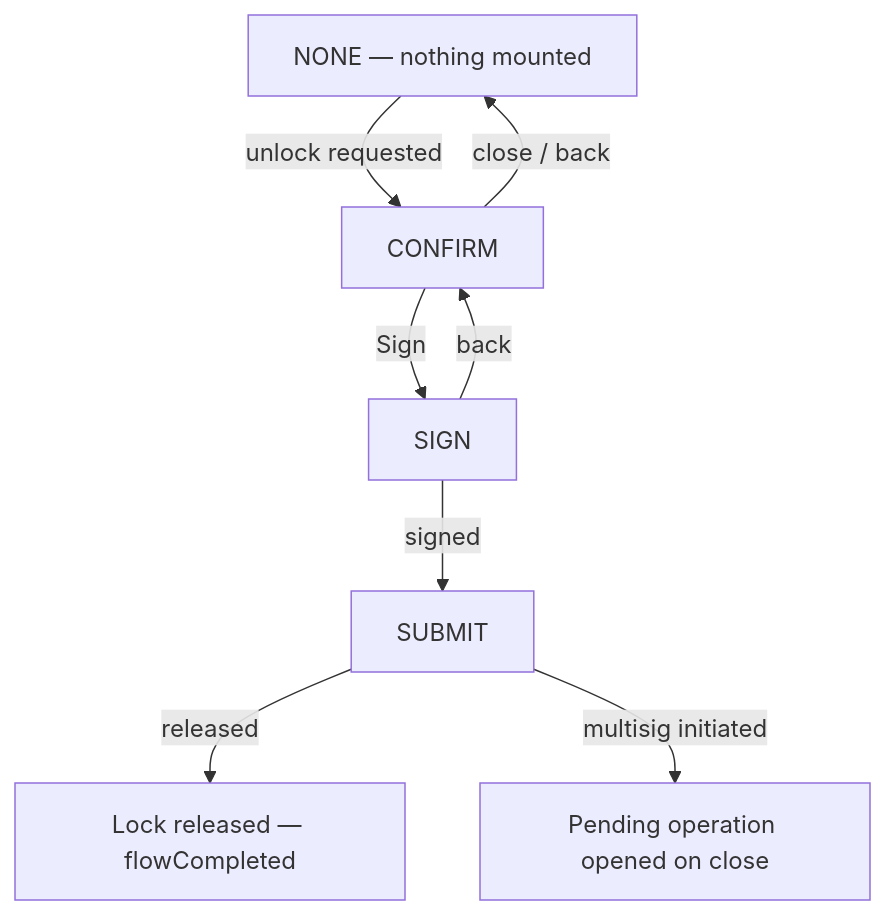
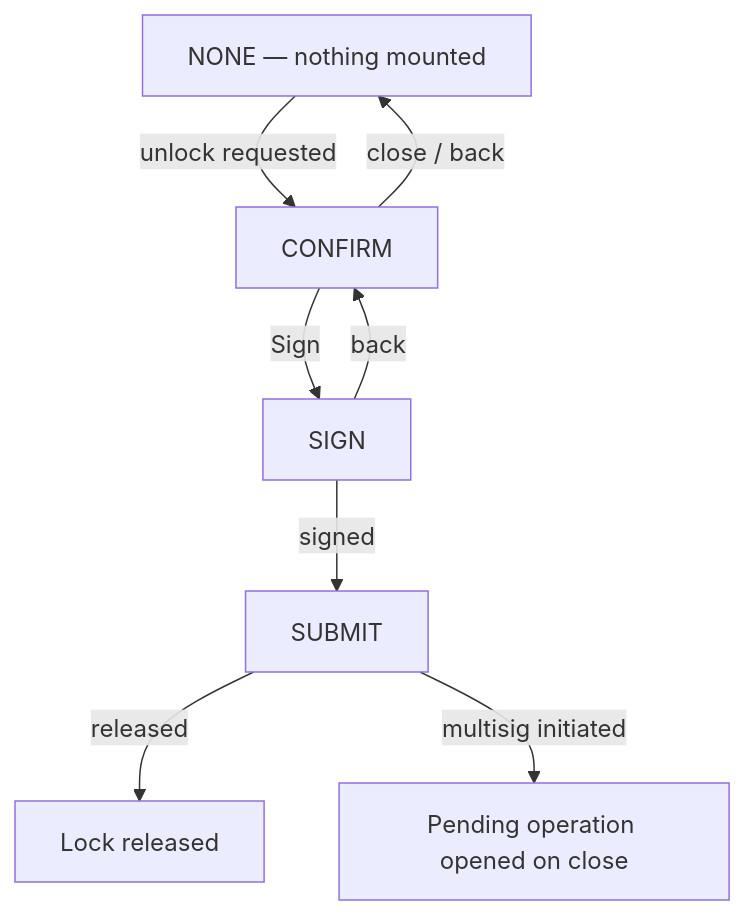
The diagram in src/renderer/features/governance-unlock-flow/README.md (novasamatech/nova-spektr), drawn with Mermaid before and after one commit. The commit also changed other lines of this file and 8 other files, not shown here.

````diff
--- a/src/renderer/features/governance-unlock-flow/README.md
+++ b/src/renderer/features/governance-unlock-flow/README.md
@@ -48,10 +48,10 @@
 ```mermaid
 flowchart TD
     NONE["NONE — nothing mounted"] -->|unlock requested| CONFIRM["CONFIRM"]
     CONFIRM -->|Sign| SIGN["SIGN"]
     SIGN -->|signed| SUBMIT["SUBMIT"]
-    SUBMIT -->|released| DONE["Lock released — flowCompleted"]
+    SUBMIT -->|released| DONE["Lock released"]
     SUBMIT -->|multisig initiated| PENDING["Pending operation opened on close"]
     CONFIRM -->|close / back| NONE
     SIGN -->|back| CONFIRM
 ```
````
